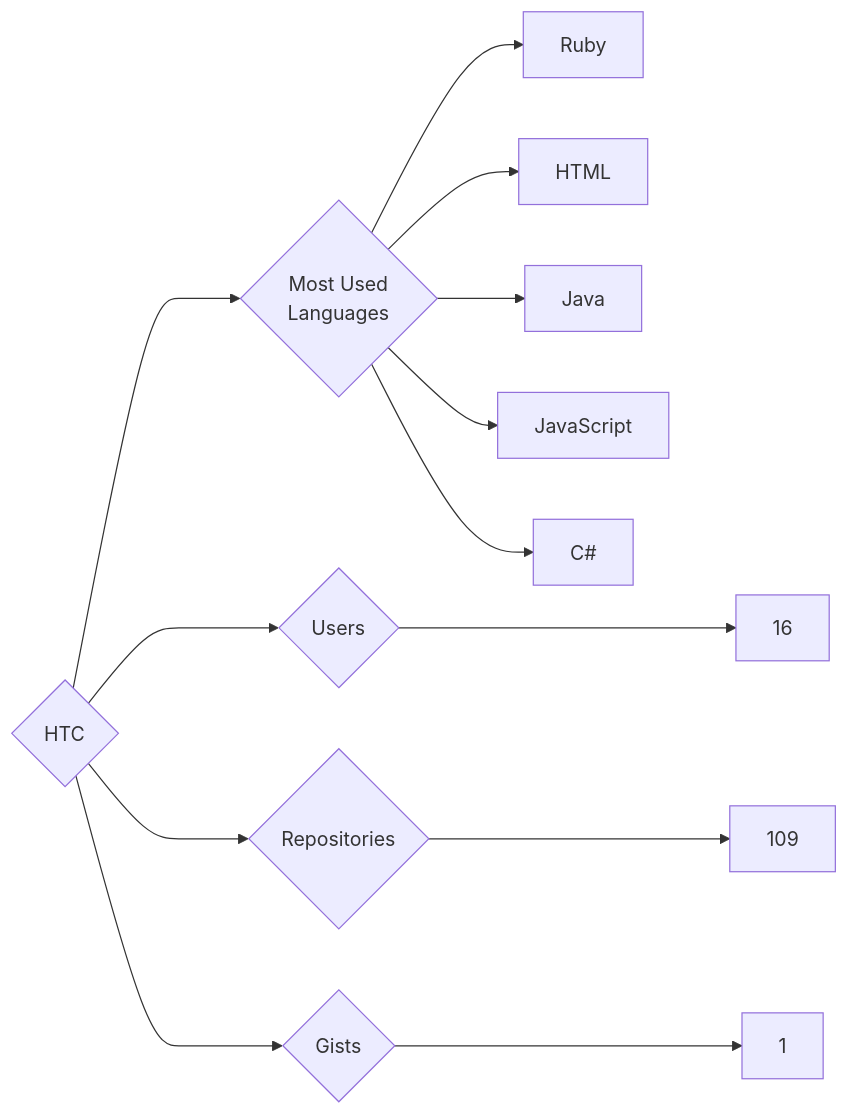
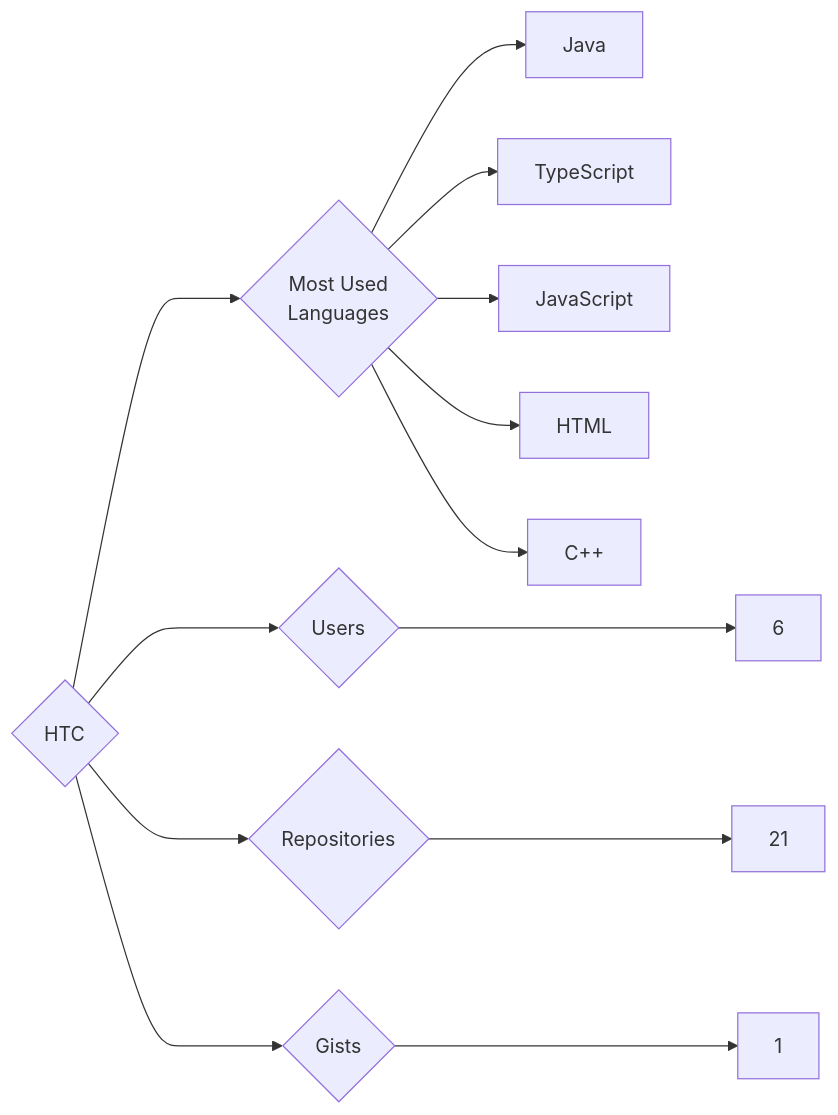
Before and after one commit to trickest/insiders: the diagram in targets/HTC/README.md, drawn with Mermaid. The commit also changed 1195 other files, not shown here.

````diff
--- a/targets/HTC/README.md
+++ b/targets/HTC/README.md
@@ -3,13 +3,13 @@
 ```mermaid
 graph LR
 COMPANY_NAME{HTC}
-COMPANY_NAME ---> U{Users} ---> UN[16]
-COMPANY_NAME ---> R{Repositories} ---> RN[109]
+COMPANY_NAME ---> U{Users} ---> UN[6]
+COMPANY_NAME ---> R{Repositories} ---> RN[21]
 COMPANY_NAME ---> G{Gists} ---> GN[1]
 COMPANY_NAME ---> ML{Most Used<br>Languages}
-ML --> Ruby[Ruby]
+ML --> Java[Java]
+ML --> TypeScript[TypeScript]
+ML --> JavaScript[JavaScript]
 ML --> HTML[HTML]
-ML --> Java[Java]
-ML --> JavaScript[JavaScript]
-ML --> C#[C#]
+ML --> C++[C++]
 ```
````
